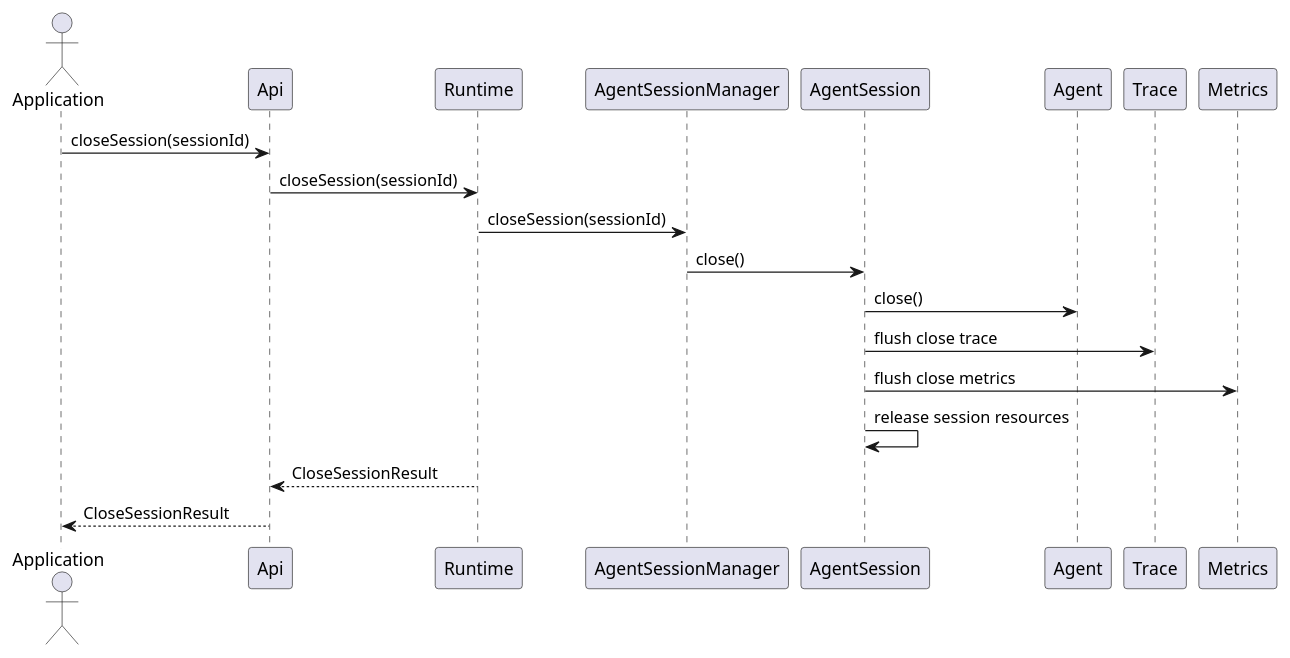
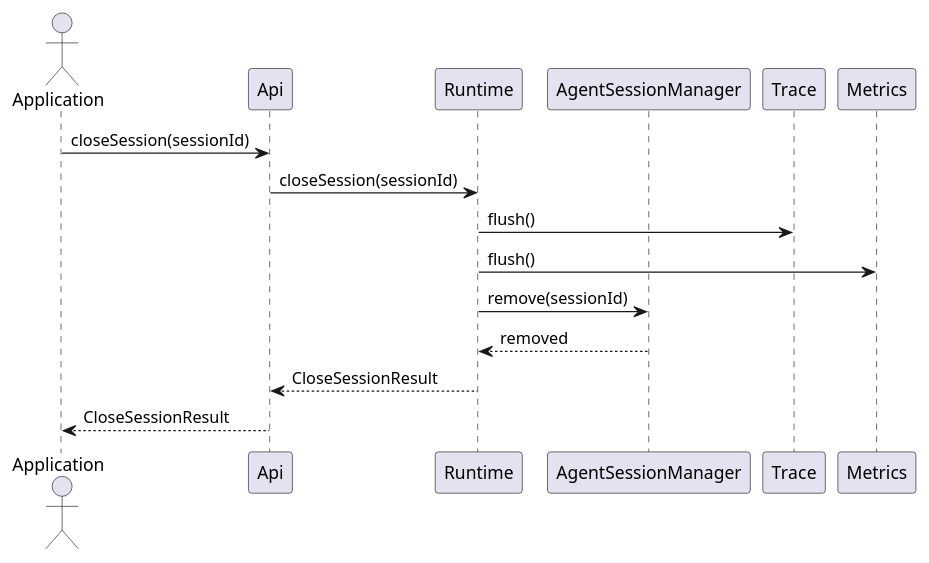
One commit to lucky-chen/ai_workflow_travel changed the fourth of 5 diagrams in infra_projects/projects/agent_runtime/docs/TechnicalArchitecture.md. Above: the diagram before and after it, drawn with PlantUML. The commit also changed other lines of this file and 32 other files, not shown here.

First line of the commit message:
[AI] gpt-5.4: implement agent runtime src_new foundation and align plans

````diff
--- a/infra_projects/projects/agent_runtime/docs/TechnicalArchitecture.md
+++ b/infra_projects/projects/agent_runtime/docs/TechnicalArchitecture.md
@@ -536,23 +529,19 @@
 ```plantuml
 @startuml
 actor Application
 participant Api
 participant Runtime
 participant AgentSessionManager
-participant AgentSession
-participant Agent
 participant Trace
 participant Metrics
 
 Application -> Api: closeSession(sessionId)
 Api -> Runtime: closeSession(sessionId)
-Runtime -> AgentSessionManager: closeSession(sessionId)
-AgentSessionManager -> AgentSession: close()
-AgentSession -> Agent: close()
-AgentSession -> Trace: flush close trace
-AgentSession -> Metrics: flush close metrics
-AgentSession -> AgentSession: release session resources
+Runtime -> Trace: flush()
+Runtime -> Metrics: flush()
+Runtime -> AgentSessionManager: remove(sessionId)
+AgentSessionManager --> Runtime: removed
 Runtime --> Api: CloseSessionResult
 Api --> Application: CloseSessionResult
 @enduml
 ```
````
